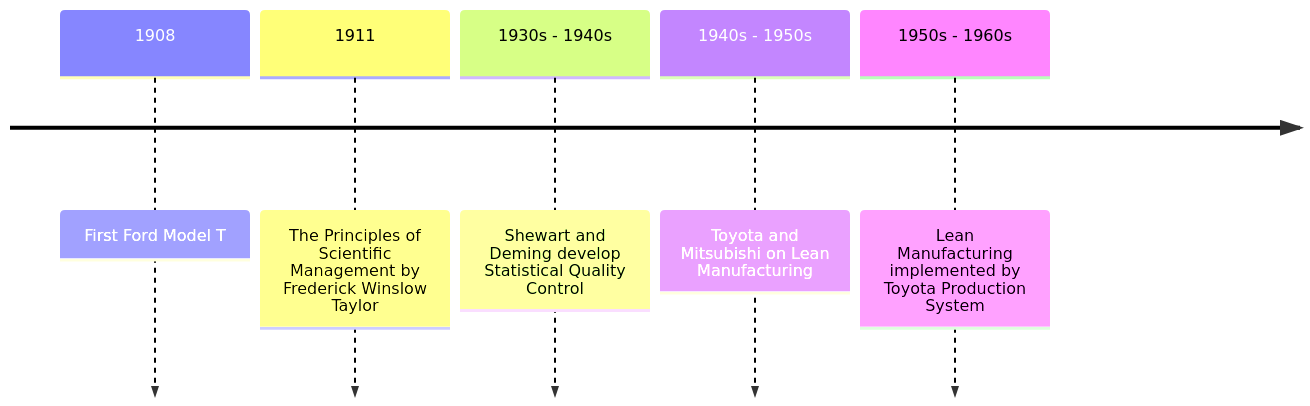
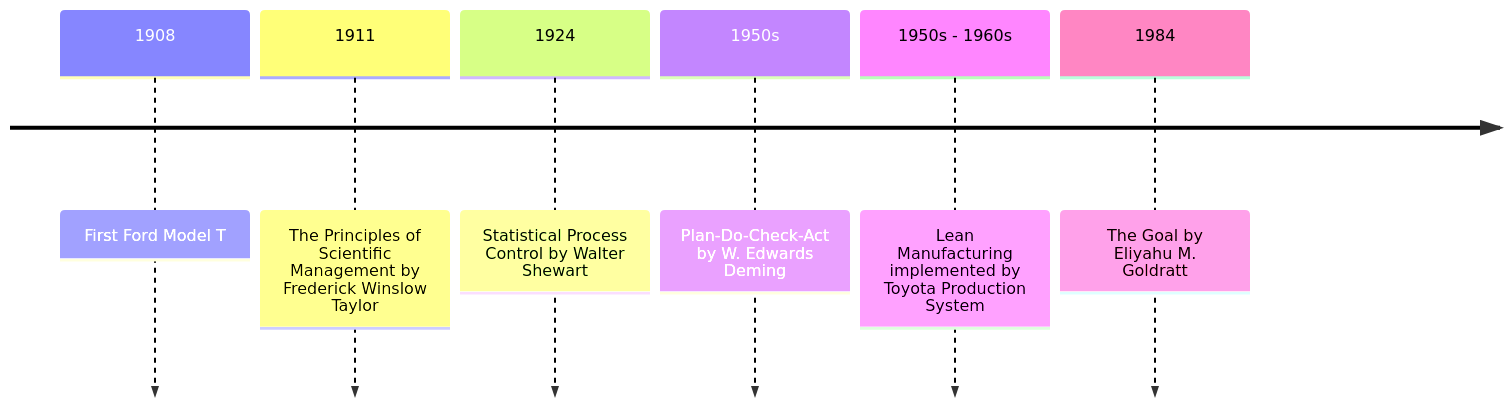
One commit to robstrader/presentation-devops-cicd changed the third of 3 diagrams in slides.md. Above: the diagram before and after it, drawn with Mermaid. The commit also changed other lines of this file, not shown here.

Commit message:
fix: finalize timeline

````diff
--- a/slides.md
+++ b/slides.md
@@ -300,8 +301,9 @@
 ```mermaid {alt: 'A brief history the history of DevOps', scale: 0.8}
 timeline
     1908 : First Ford Model T
     1911 : The Principles of Scientific Management by Frederick Winslow Taylor
-    1930s - 1940s : Shewart and Deming develop Statistical Quality Control
-    1940s - 1950s : Toyota and Mitsubishi on Lean Manufacturing
+    1924 : Statistical Process Control by Walter Shewart
+    1950s : Plan-Do-Check-Act by W. Edwards Deming
     1950s - 1960s : Lean Manufacturing implemented by Toyota Production System
+    1984 : The Goal by Eliyahu M. Goldratt
 ```
````
